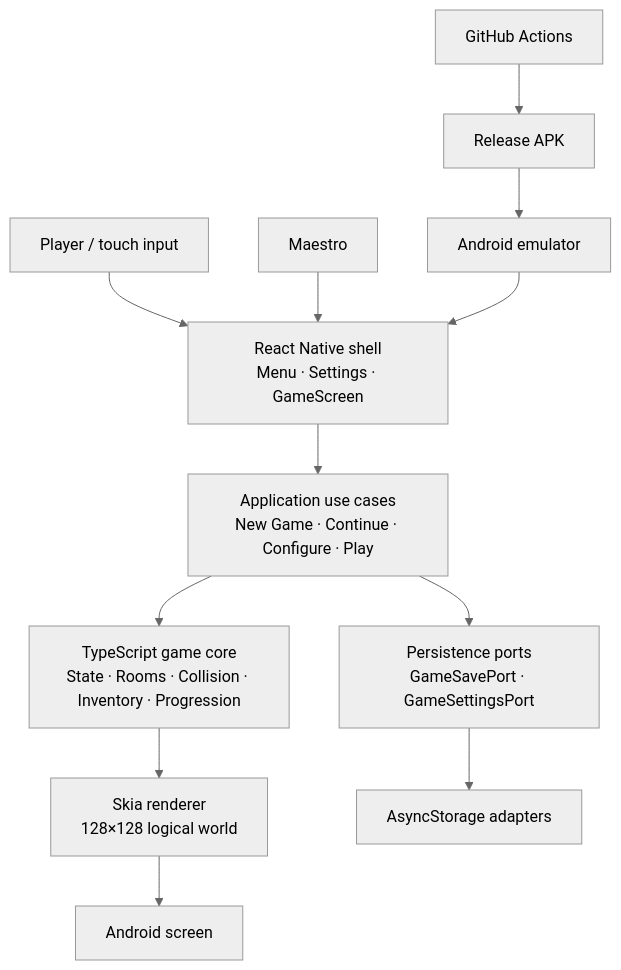
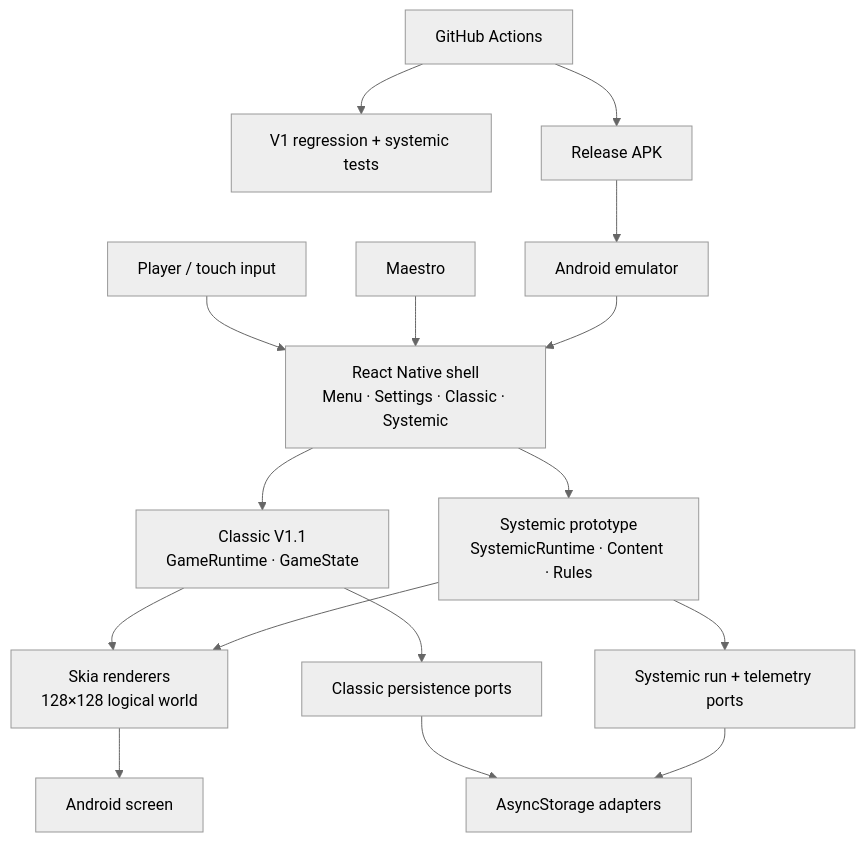
The diagram in README.md (krukmat/Pyjamada), drawn with Mermaid (neutral theme) before and after one commit. The commit also changed other lines of this file and 21 other files, not shown here.

First line of the commit message:
feat: add systemic bedroom gameplay prototype

````diff
--- a/README.md
+++ b/README.md
@@ -75,17 +100,22 @@
 ```mermaid
 flowchart TB
-    Player["Player / touch input"] --> Shell["React Native shell<br/>Menu · Settings · GameScreen"]
-    Shell --> UseCases["Application use cases<br/>New Game · Continue · Configure · Play"]
-    UseCases --> Core["TypeScript game core<br/>State · Rooms · Collision · Inventory · Progression"]
+    Player["Player / touch input"] --> Shell["React Native shell<br/>Menu · Settings · Classic · Systemic"]
 
-    Core --> Renderer["Skia renderer<br/>128×128 logical world"]
+    Shell --> Classic["Classic V1.1<br/>GameRuntime · GameState"]
+    Shell --> Systemic["Systemic prototype<br/>SystemicRuntime · Content · Rules"]
+
+    Classic --> Renderer["Skia renderers<br/>128×128 logical world"]
+    Systemic --> Renderer
     Renderer --> Screen["Android screen"]
 
-    UseCases --> Ports["Persistence ports<br/>GameSavePort · GameSettingsPort"]
-    Ports --> Storage["AsyncStorage adapters"]
+    Classic --> ClassicPorts["Classic persistence ports"]
+    Systemic --> SystemicPorts["Systemic run + telemetry ports"]
+    ClassicPorts --> Storage["AsyncStorage adapters"]
+    SystemicPorts --> Storage
 
     Maestro["Maestro"] --> Shell
-    CI["GitHub Actions"] --> APK["Release APK"]
+    CI["GitHub Actions"] --> Tests["V1 regression + systemic tests"]
+    CI --> APK["Release APK"]
     APK --> Emulator["Android emulator"]
     Emulator --> Shell
 ```
````
